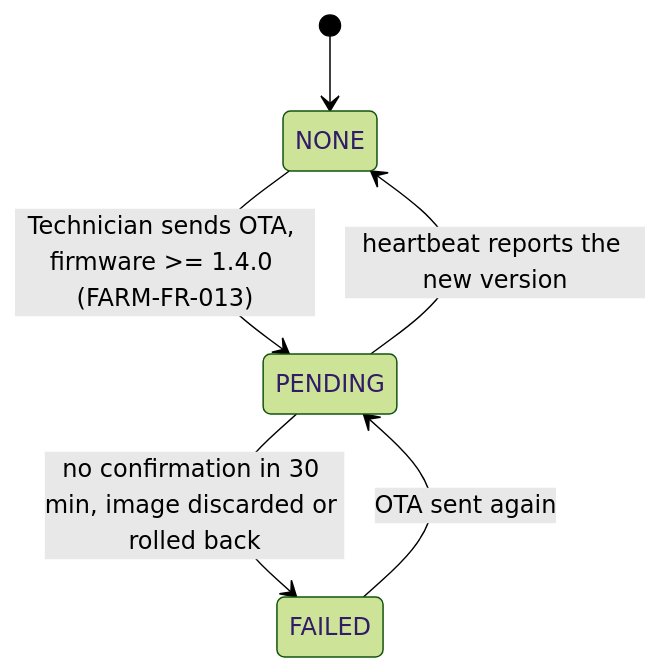
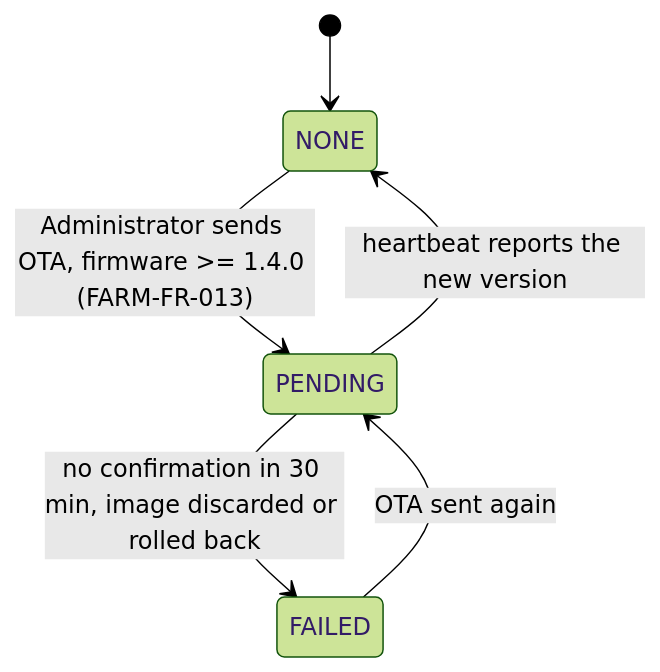
Diagram 17 of 31 in docs/reports/report4-sdd.md (NBao261/SwiftletCare_KLTN), drawn with Mermaid (forest theme) before and after one commit. The commit also changed other lines of this file and 18 other files, not shown here.

````diff
--- a/docs/reports/report4-sdd.md
+++ b/docs/reports/report4-sdd.md
@@ -945,8 +945,8 @@
 ```mermaid
 stateDiagram-v2
   [*] --> NONE
-  NONE --> PENDING : Technician sends OTA, firmware >= 1.4.0 (FARM-FR-013)
+  NONE --> PENDING : Administrator sends OTA, firmware >= 1.4.0 (FARM-FR-013)
   PENDING --> NONE : heartbeat reports the new version
   PENDING --> FAILED : no confirmation in 30 min, image discarded or rolled back
   FAILED --> PENDING : OTA sent again
 ```
````
